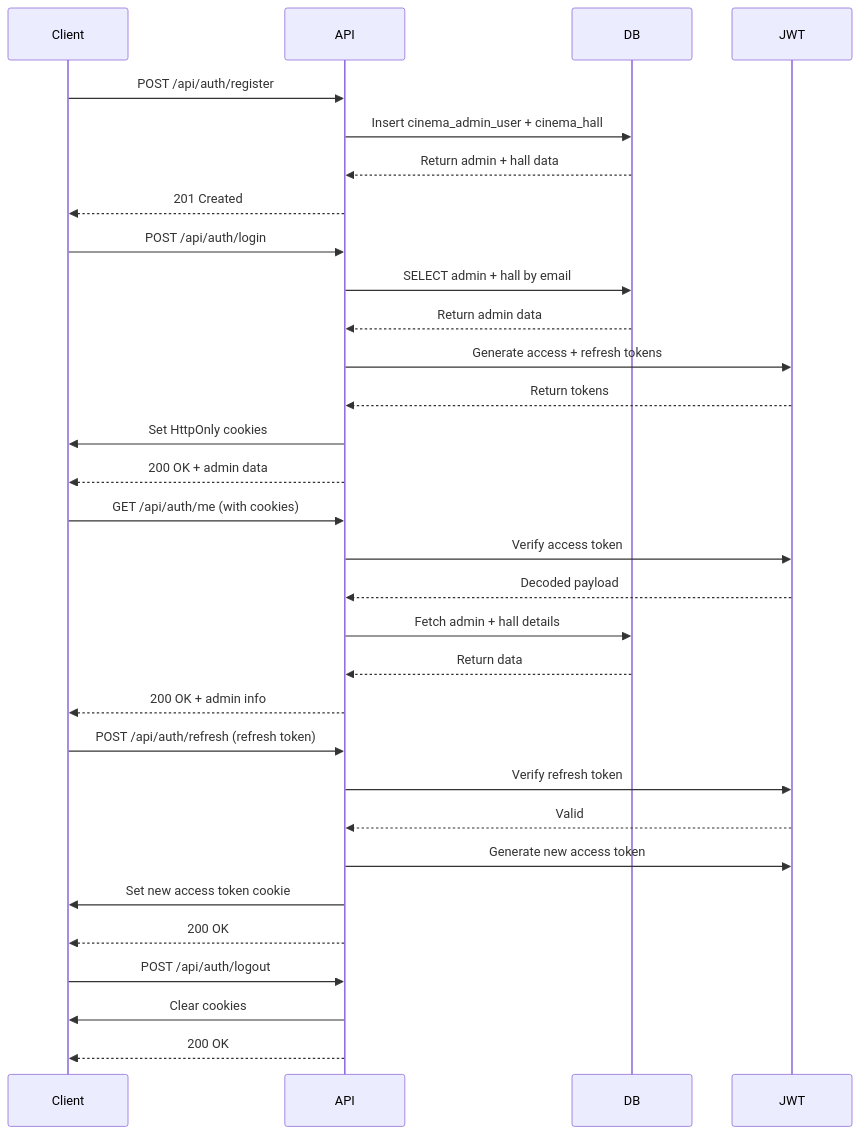
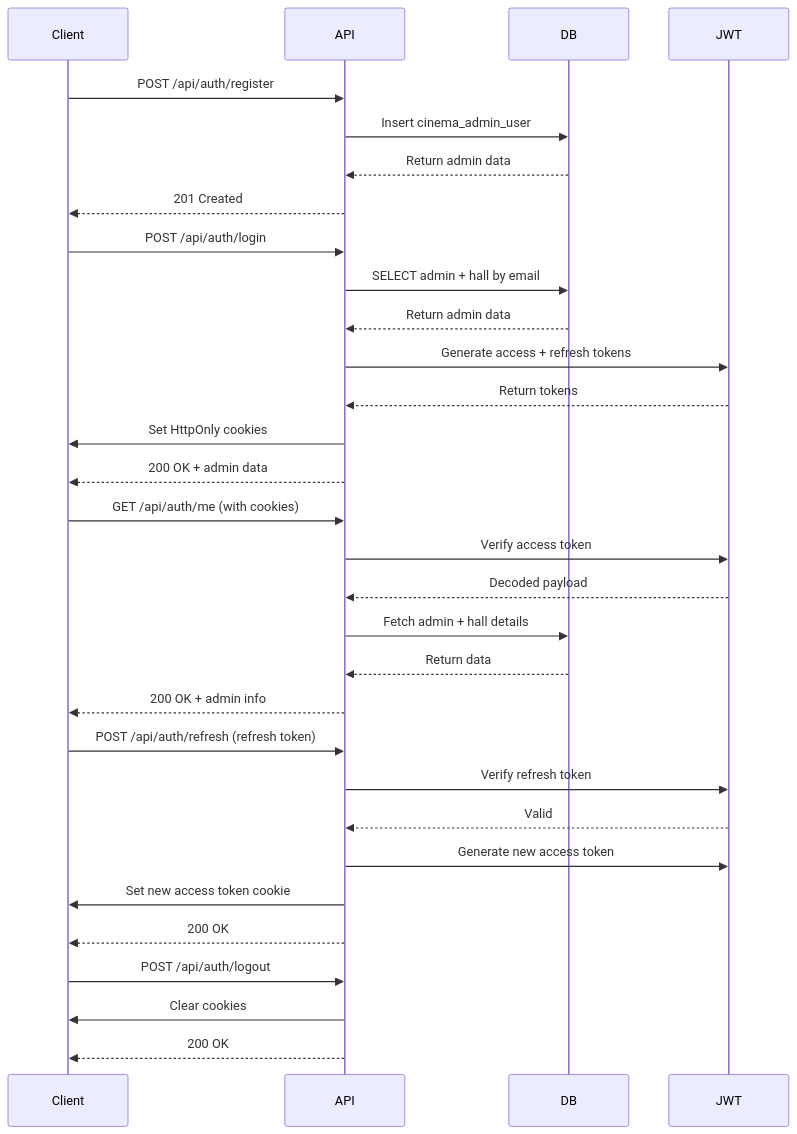
The second of 7 diagrams in backend.md (hduraimurugan/cinema-app-docs), drawn with Mermaid before and after one commit. The commit also changed other lines of this file and 2 other files, not shown here.

Commit message:
feat: implement multi-hall support with onboarding flow, hall-gated route protection, and dedicated halls management.

````diff
--- a/backend.md
+++ b/backend.md
@@ -275,38 +278,38 @@
 ```mermaid
 sequenceDiagram
     participant Client
     participant API
     participant DB
     participant JWT
 
     Client->>API: POST /api/auth/register
-    API->>DB: Insert cinema_admin_user + cinema_hall
-    DB-->>API: Return admin + hall data
+    API->>DB: Insert cinema_admin_user
+    DB-->>API: Return admin data
     API-->>Client: 201 Created
 
     Client->>API: POST /api/auth/login
     API->>DB: SELECT admin + hall by email
     DB-->>API: Return admin data
     API->>JWT: Generate access + refresh tokens
     JWT-->>API: Return tokens
     API->>Client: Set HttpOnly cookies
     API-->>Client: 200 OK + admin data
 
     Client->>API: GET /api/auth/me (with cookies)
     API->>JWT: Verify access token
     JWT-->>API: Decoded payload
     API->>DB: Fetch admin + hall details
     DB-->>API: Return data
     API-->>Client: 200 OK + admin info
 
     Client->>API: POST /api/auth/refresh (refresh token)
     API->>JWT: Verify refresh token
     JWT-->>API: Valid
     API->>JWT: Generate new access token
     API->>Client: Set new access token cookie
     API-->>Client: 200 OK
 
     Client->>API: POST /api/auth/logout
     API->>Client: Clear cookies
     API-->>Client: 200 OK
 ```
````
